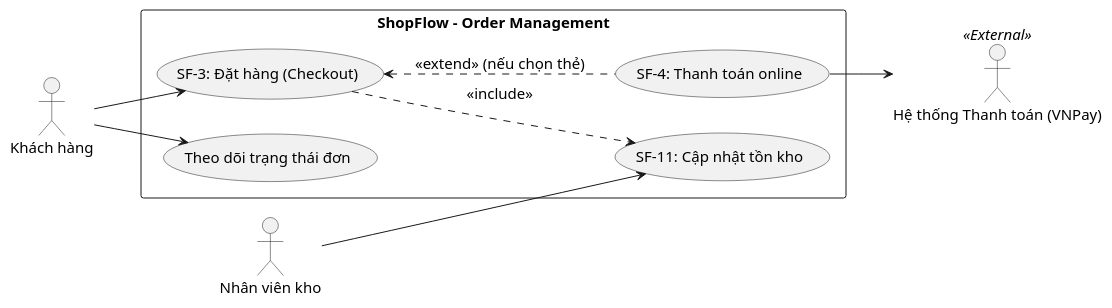
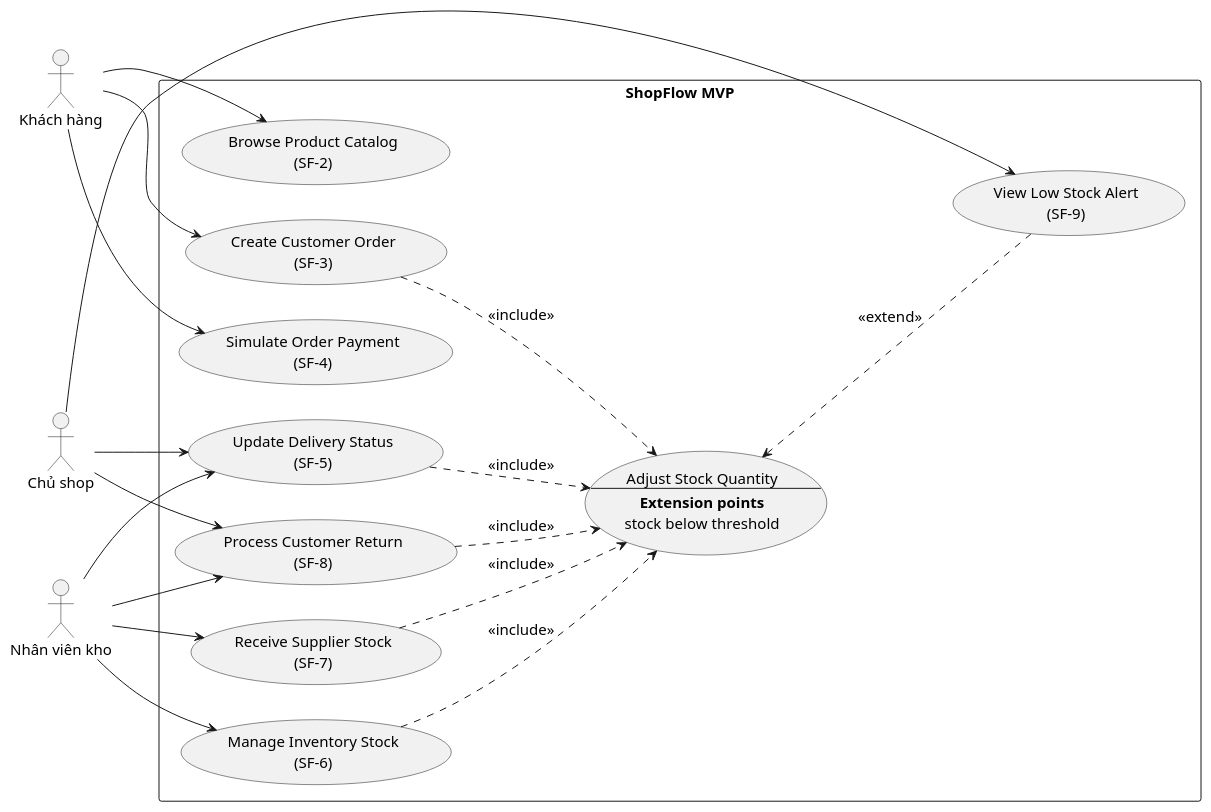
The first of 2 diagrams in ba-handbook/notes/02-system-analysis-and-design/use-case-diagram.md (phamthithuthuy/phamthuy.dev), drawn with PlantUML before and after one commit. The commit also changed other lines of this file and 7 other files, not shown here.

````diff
--- a/ba-handbook/notes/02-system-analysis-and-design/use-case-diagram.md
+++ b/ba-handbook/notes/02-system-analysis-and-design/use-case-diagram.md
@@ -19,25 +114,51 @@
-```plantuml UML Use Case Diagram — Quản lý Đơn hàng ShopFlow
+```plantuml ShopFlow Use Case Diagram
 @startuml
 skinparam defaultFontSize 15
+skinparam maxMessageSize 200
+skinparam wrapWidth 200
 left to right direction
 
 actor "Khách hàng" as Customer
-actor "Nhân viên kho" as WarehouseStaff
-actor "Hệ thống Thanh toán (VNPay)" as PaymentGateway <<External>>
+actor "Chủ shop" as Owner
+actor "Nhân viên kho" as Warehouse
 
-rectangle "ShopFlow - Order Management" {
-  usecase "SF-3: Đặt hàng (Checkout)" as UC_Checkout
-  usecase "SF-4: Thanh toán online" as UC_Payment
-  usecase "SF-11: Cập nhật tồn kho" as UC_Inventory
-  usecase "Theo dõi trạng thái đơn" as UC_Track
-  
-  UC_Checkout ..> UC_Inventory : <<include>>
-  UC_Checkout <.. UC_Payment : <<extend>> (nếu chọn thẻ)
+rectangle "ShopFlow MVP" {
+  usecase "Browse Product Catalog\n(SF-2)" as SF2
+  usecase "Create Customer Order\n(SF-3)" as SF3
+  usecase "Simulate Order Payment\n(SF-4)" as SF4
+  usecase "Update Delivery Status\n(SF-5)" as SF5
+  usecase "Manage Inventory Stock\n(SF-6)" as SF6
+  usecase "Receive Supplier Stock\n(SF-7)" as SF7
+  usecase "Process Customer Return\n(SF-8)" as SF8
+  usecase "View Low Stock Alert\n(SF-9)" as SF9
+
+  usecase UC9 [
+    Adjust Stock Quantity
+    ---
+    <b>Extension points
+    stock below threshold
+  ]
 }
 
-Customer --> UC_Checkout
-Customer --> UC_Track
-WarehouseStaff --> UC_Inventory
-UC_Payment --> PaymentGateway
+Customer --> SF2
+Customer --> SF3
+Customer --> SF4
+
+Owner --> SF5
+Owner --> SF8
+Owner --> SF9
+
+Warehouse --> SF5
+Warehouse --> SF6
+Warehouse --> SF7
+Warehouse --> SF8
+
+SF3 ..> UC9 : <<include>>
+SF5 ..> UC9 : <<include>>
+SF6 ..> UC9 : <<include>>
+SF7 ..> UC9 : <<include>>
+SF8 ..> UC9 : <<include>>
+
+UC9 <.. SF9 : <<extend>>
 @enduml
 ```
````
